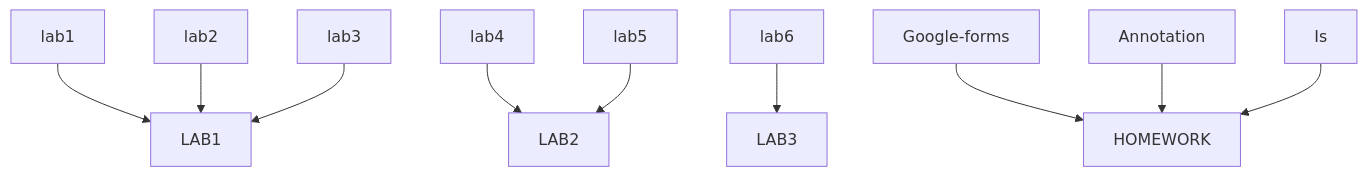
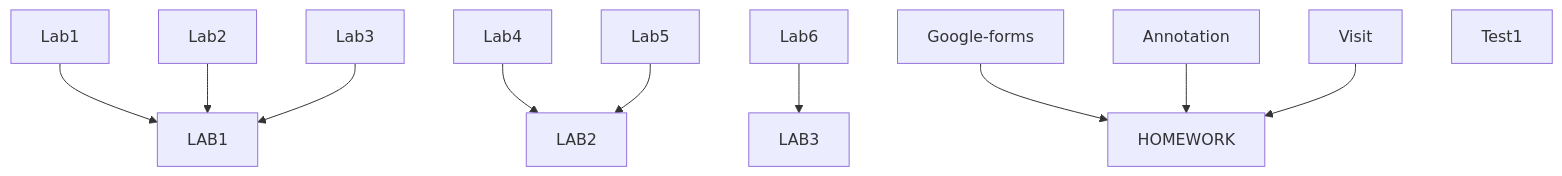
One commit to Steralka/ITMO changed the diagram in 1 Семестр/Информатика/README.md. Above: the diagram before and after it, drawn with Mermaid. The commit also changed other lines of this file, not shown here.

````diff
--- a/1 Семестр/Информатика/README.md
+++ b/1 Семестр/Информатика/README.md
@@ -36,12 +35,13 @@
 ```mermaid
 graph TD;
-    lab1-->LAB1;
-    lab2-->LAB1;
-    lab3-->LAB1;
-    lab4-->LAB2;
-    lab5-->LAB2;
-    lab6-->LAB3;
+    Lab1-->LAB1;
+    Lab2-->LAB1;
+    Lab3-->LAB1;
+    Lab4-->LAB2;
+    Lab5-->LAB2;
+    Lab6-->LAB3;
     Google-forms-->HOMEWORK;
     Annotation-->HOMEWORK;
-    Is-->HOMEWORK;
+    Visit-->HOMEWORK;
+    Test1;
 ```
````
